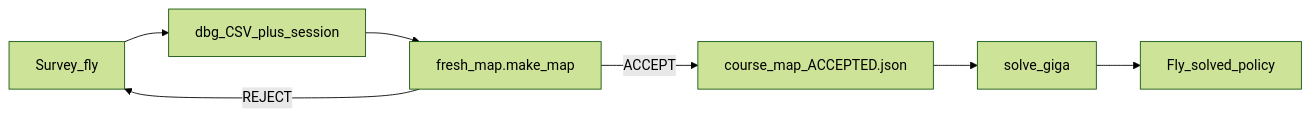
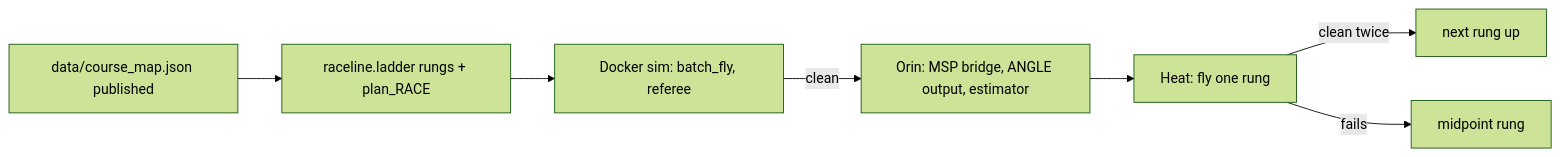
Before and after one commit to BStandage/AI-GrandPrix: the diagram in src/PQ_PROCEDURE.md, drawn with Mermaid (forest theme). The commit also changed other lines of this file and 9 other files, not shown here.

First line of the commit message:
Docs: published course, 23-event races, Betaflight 4.5.x, race-day ladder

````diff
--- a/src/PQ_PROCEDURE.md
+++ b/src/PQ_PROCEDURE.md
@@ -97,9 +129,9 @@
 ```mermaid
 flowchart LR
-  survey[Survey_fly] --> dbg[dbg_CSV_plus_session]
-  dbg --> make[fresh_map.make_map]
-  make -->|ACCEPT| acc[course_map_ACCEPTED.json]
-  make -->|REJECT| survey
-  acc --> solve[solve_giga]
-  solve --> heat[Fly_solved_policy]
+  map[data/course_map.json published] --> ladder[raceline.ladder rungs + plan_RACE]
+  ladder --> sim[Docker sim: batch_fly, referee]
+  sim -->|clean| bring[Orin: MSP bridge, ANGLE output, estimator]
+  bring --> heat[Heat: fly one rung]
+  heat -->|clean twice| faster[next rung up]
+  heat -->|fails| mid[midpoint rung]
 ```
````
